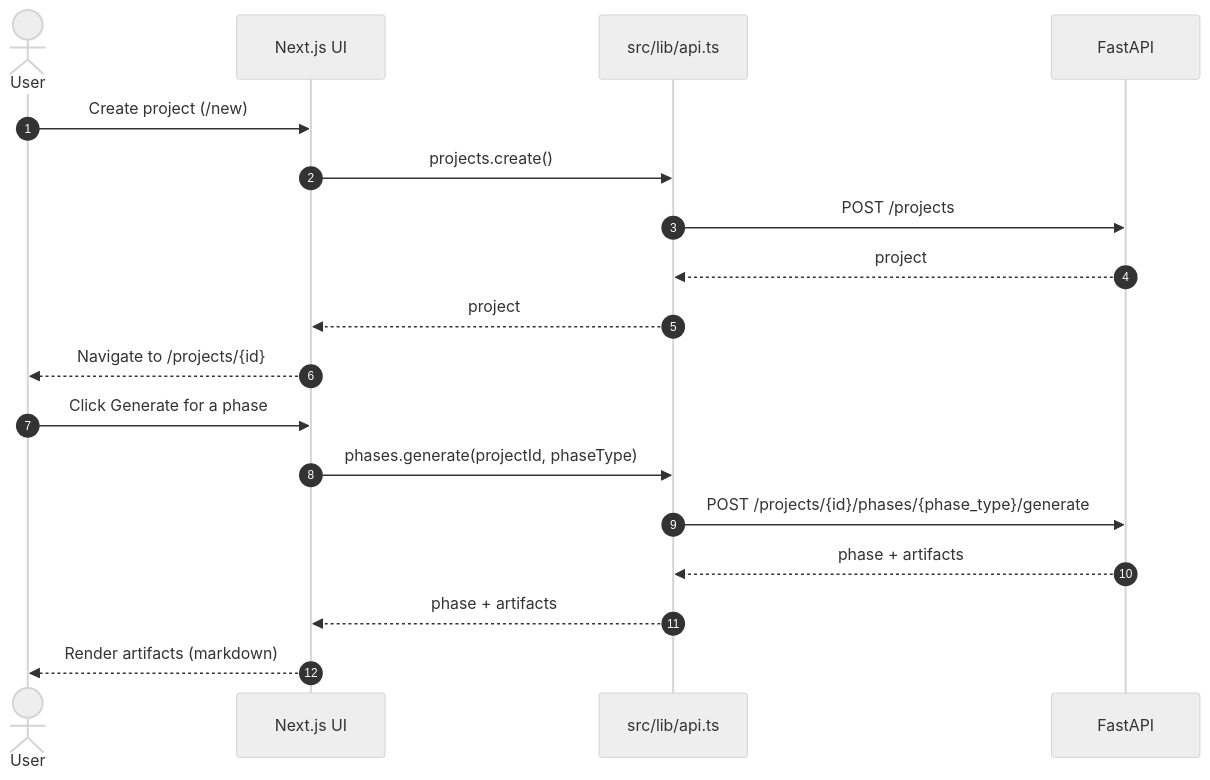
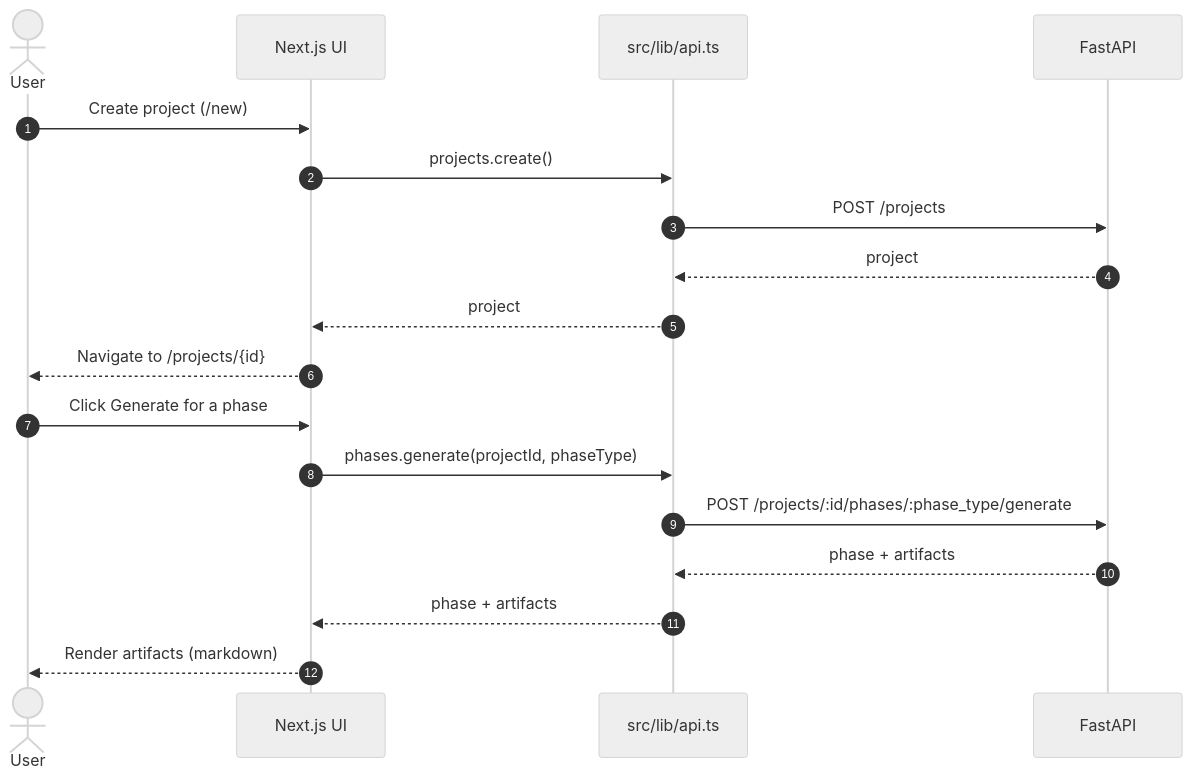
The third of 7 diagrams in README.md (monkey9-Cyber-cat-Spidy/jntugv-hackathon-dec-2025-Team-85), drawn with Mermaid (neutral theme) before and after one commit. The commit also changed other lines of this file, not shown here.

Commit message:
Fixes in MErmaid Rendering

````diff
--- a/README.md
+++ b/README.md
@@ -105,22 +105,22 @@
 ```mermaid
 sequenceDiagram
   autonumber
   actor User
   participant FE as Next.js UI
   participant API as src/lib/api.ts
   participant BE as FastAPI
 
   User->>FE: Create project (/new)
   FE->>API: projects.create()
   API->>BE: POST /projects
   BE-->>API: project
   API-->>FE: project
   FE-->>User: Navigate to /projects/{id}
 
   User->>FE: Click Generate for a phase
   FE->>API: phases.generate(projectId, phaseType)
-  API->>BE: POST /projects/{id}/phases/{phase_type}/generate
+  API->>BE: POST /projects/:id/phases/:phase_type/generate
   BE-->>API: phase + artifacts
   API-->>FE: phase + artifacts
   FE-->>User: Render artifacts (markdown)
 ```
````
